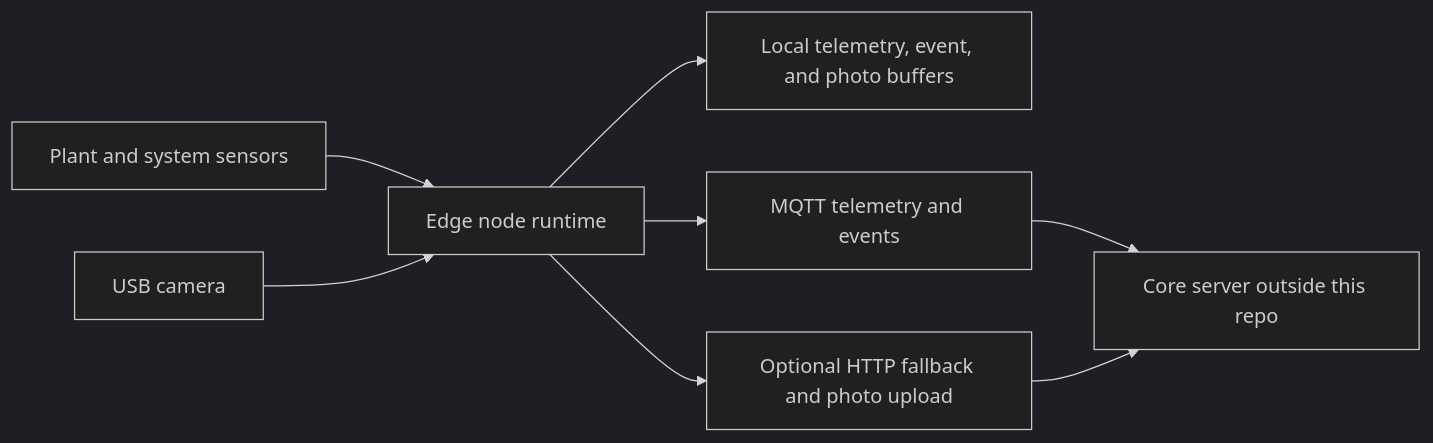
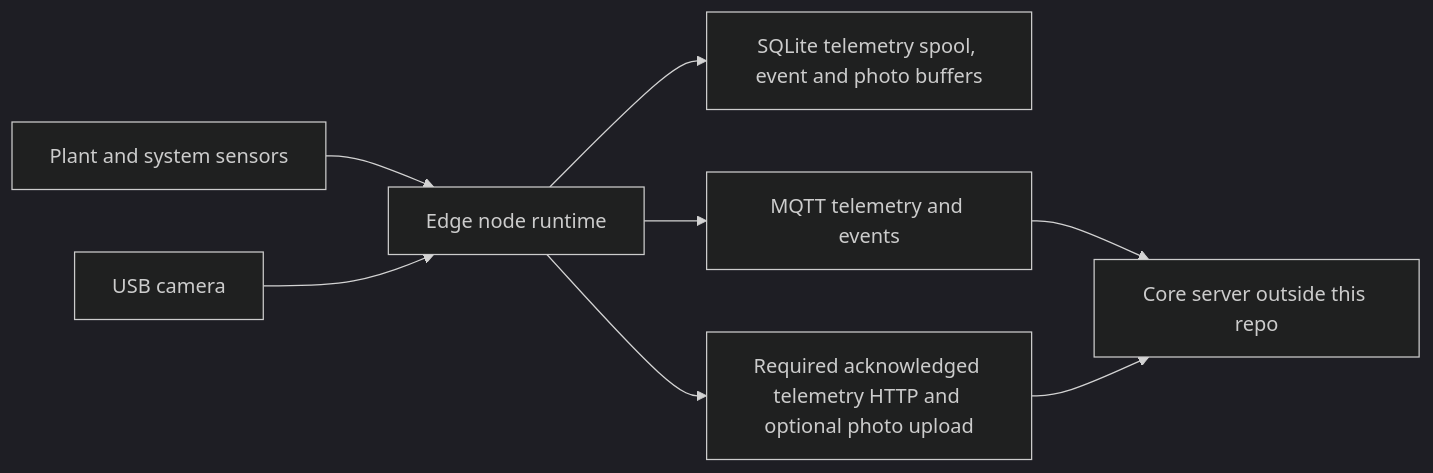
Before and after one commit to cracketus/senior-pomidor-plant-v2: the diagram in docs/architecture.md, drawn with Mermaid (dark theme). The commit also changed other lines of this file and 31 other files, not shown here.

First line of the commit message:
Implement durable telemetry spool

````diff
--- a/docs/architecture.md
+++ b/docs/architecture.md
@@ -5,10 +5,10 @@
 ```mermaid
 flowchart LR
     sensors[Plant and system sensors] --> edge[Edge node runtime]
     camera[USB camera] --> edge
-    edge --> storage[Local telemetry, event, and photo buffers]
+    edge --> storage[SQLite telemetry spool, event and photo buffers]
     edge --> mqtt[MQTT telemetry and events]
-    edge --> http[Optional HTTP fallback and photo upload]
+    edge --> http[Required acknowledged telemetry HTTP and optional photo upload]
     mqtt --> core[Core server outside this repo]
     http --> core
 ```
````
